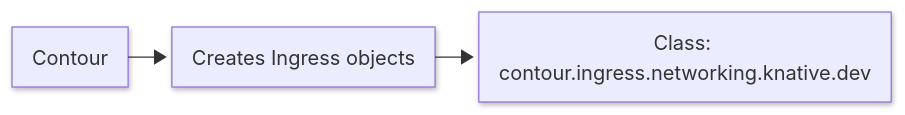
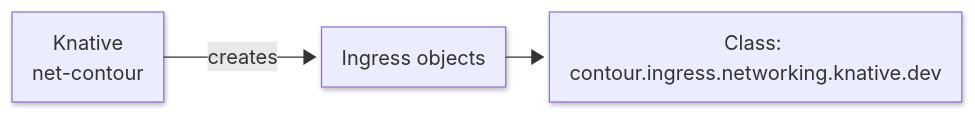
One commit to knative/docs changed the second of 4 diagrams in docs/versioned/serving/config-network-adapters.md. Above: the diagram before and after it, drawn with Mermaid. The commit also changed other lines of this file, not shown here.

````diff
--- a/docs/versioned/serving/config-network-adapters.md
+++ b/docs/versioned/serving/config-network-adapters.md
@@ -59,11 +34,11 @@
     ```mermaid
     ---
     config:
       theme: default
       layout: elk
       look: neo
     ---
     flowchart LR
-    C1["Contour"] --> C2["Creates Ingress objects"]
+    C1["Knative<br>net-contour"] -- creates --> C2["Ingress&nbsp;objects"]
     C2 --> C3["Class: contour.ingress.networking.knative.dev"]
     ```
````
